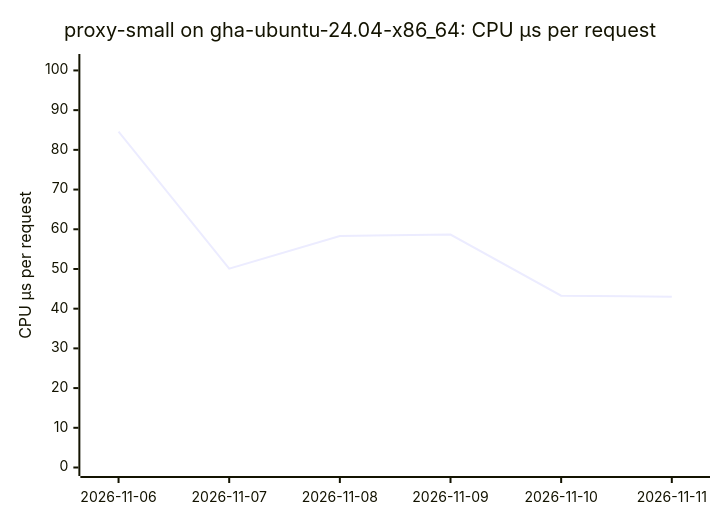
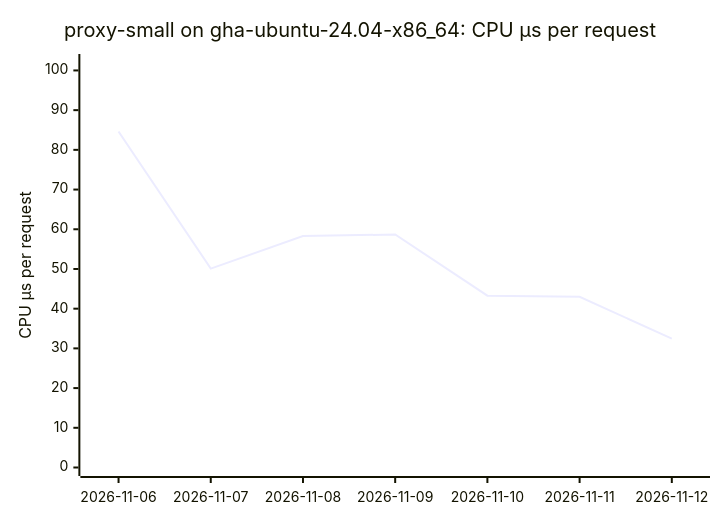
One commit to ThePixelPilgrim/durchlauferhitzer changed the fourth of 18 diagrams in BENCHMARKS.md. Above: the diagram before and after it, drawn with Mermaid. The commit also changed other lines of this file and 1 other file, not shown here.

````diff
--- a/BENCHMARKS.md
+++ b/BENCHMARKS.md
@@ -56,7 +56,7 @@
 ```mermaid
 xychart-beta
   title "proxy-small on gha-ubuntu-24.04-x86_64: CPU µs per request"
-  x-axis ["2026-11-06", "2026-11-07", "2026-11-08", "2026-11-09", "2026-11-10", "2026-11-11"]
+  x-axis ["2026-11-06", "2026-11-07", "2026-11-08", "2026-11-09", "2026-11-10", "2026-11-11", "2026-11-12"]
   y-axis "CPU µs per request" 0 --> 102
-  line [84.61, 50.09, 58.29, 58.68, 43.27, 43.00]
+  line [84.61, 50.09, 58.29, 58.68, 43.27, 43.00, 32.44]
 ```
````
